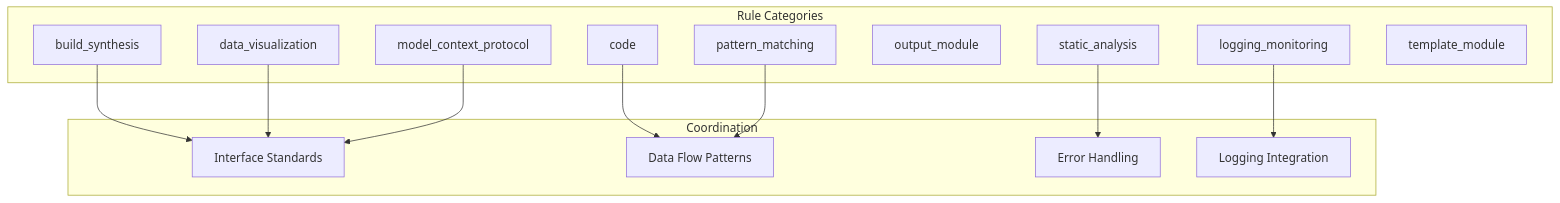
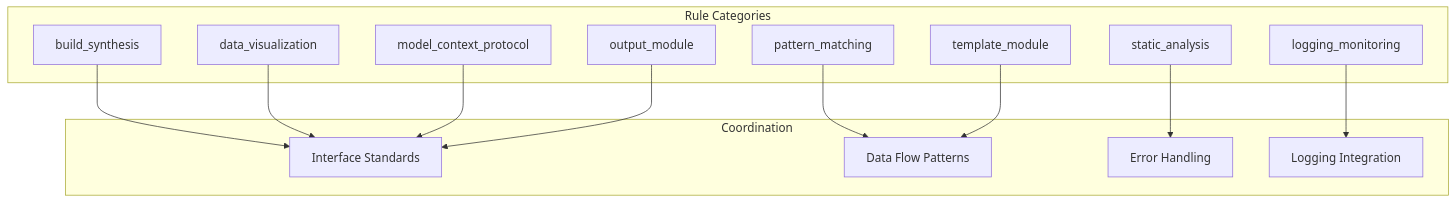
Before and after one commit to docxology/codomyrmex: the diagram in cursorrules/cross-module/SPEC.md, drawn with Mermaid. The commit also changed other lines of this file and 87 other files, not shown here.

````diff
--- a/cursorrules/cross-module/SPEC.md
+++ b/cursorrules/cross-module/SPEC.md
@@ -43,29 +49,29 @@
 ```mermaid
 graph TD
     subgraph "Rule Categories"
         Build[build_synthesis]
-        Exec[code]
         Viz[data_visualization]
         Log[logging_monitoring]
         MCP[model_context_protocol]
         Output[output_module]
         Pattern[pattern_matching]
         Static[static_analysis]
         Template[template_module]
     end
 
     subgraph "Coordination"
         Interface[Interface Standards]
         DataFlow[Data Flow Patterns]
         ErrorHandling[Error Handling]
         Logging[Logging Integration]
     end
 
     Build --> Interface
-    Exec --> DataFlow
     Viz --> Interface
     Log --> Logging
     MCP --> Interface
     Pattern --> DataFlow
     Static --> ErrorHandling
+    Template --> DataFlow
+    Output --> Interface
 ```
````
